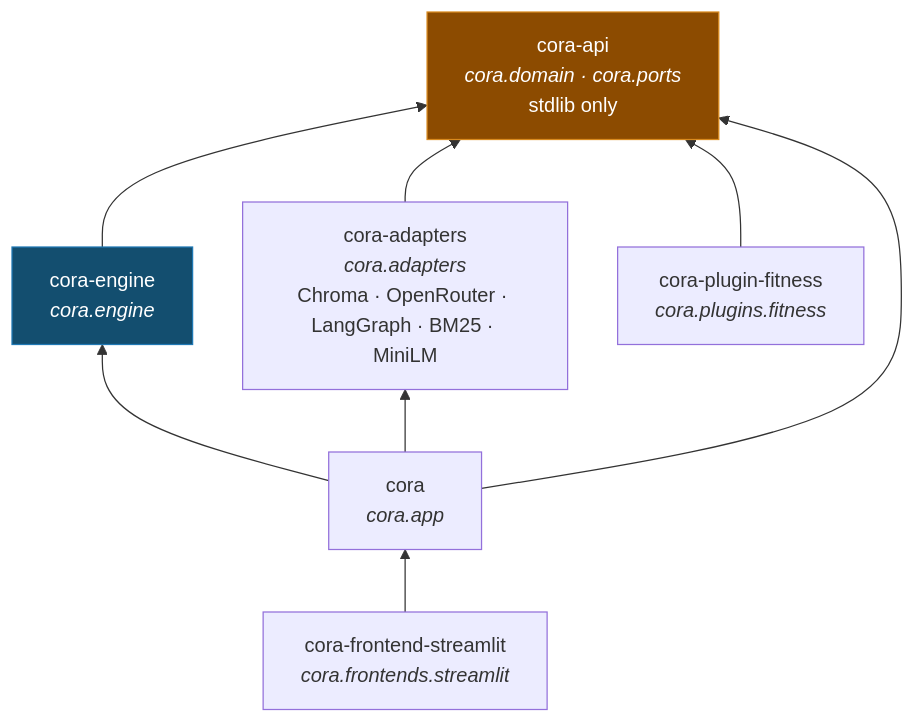
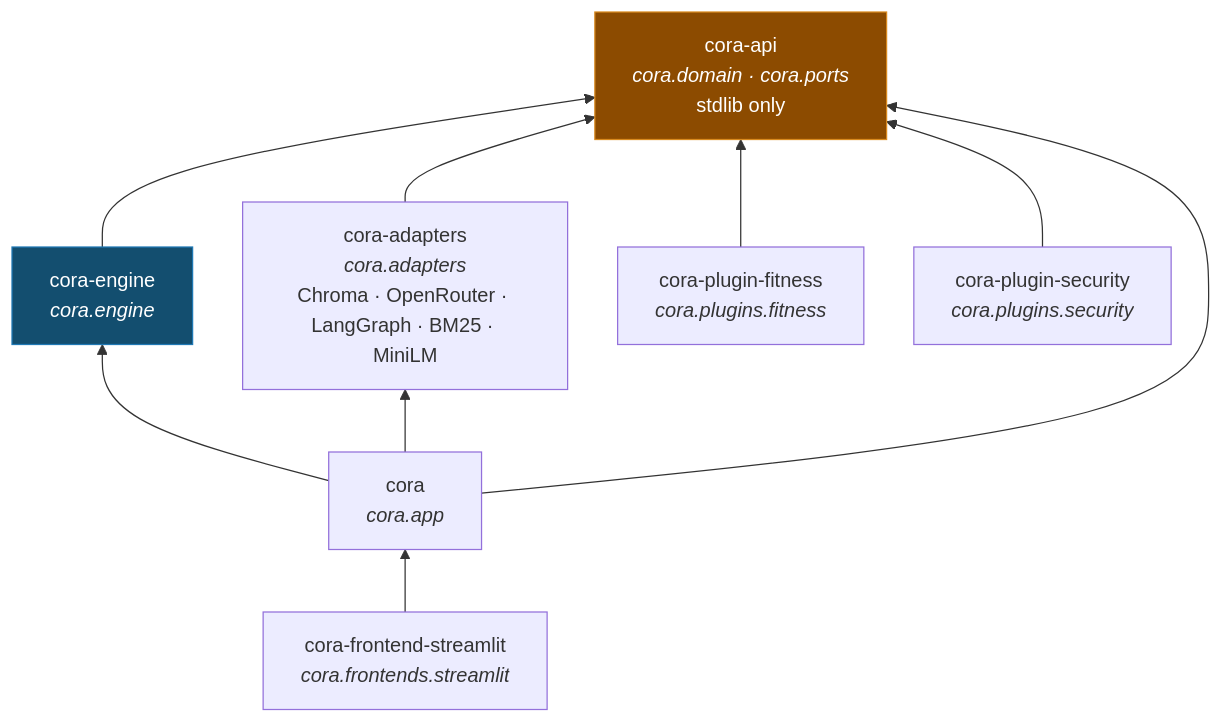
One commit to aschog/cora changed the second of 2 diagrams in docs/big-picture.md. Above: the diagram before and after it, drawn with Mermaid. The commit also changed other lines of this file and 59 other files, not shown here.

````diff
--- a/docs/big-picture.md
+++ b/docs/big-picture.md
@@ -139,23 +142,25 @@
 ```mermaid
 %%{init: {"flowchart": {"nodeSpacing": 40, "rankSpacing": 50, "curve": "basis"}}}%%
 flowchart BT
   api["cora-api<br/><i>cora.domain · cora.ports</i><br/>stdlib only"]
   engine["cora-engine<br/><i>cora.engine</i>"]
   adapters["cora-adapters<br/><i>cora.adapters</i><br/>Chroma · OpenRouter · LangGraph · BM25 · MiniLM"]
   app["cora<br/><i>cora.app</i>"]
   fitness["cora-plugin-fitness<br/><i>cora.plugins.fitness</i>"]
+  security["cora-plugin-security<br/><i>cora.plugins.security</i>"]
   shell["cora-frontend-streamlit<br/><i>cora.frontends.streamlit</i>"]
 
   engine --> api
   adapters --> api
   fitness --> api
+  security --> api
   app --> api
   app --> engine
   app --> adapters
   shell --> app
 
   classDef contract fill:#8c4b00,stroke:#d98a1f,color:#fff;
   classDef logic fill:#134e6f,stroke:#1f78b4,color:#fff;
   class api contract;
   class engine logic;
 ```
````
